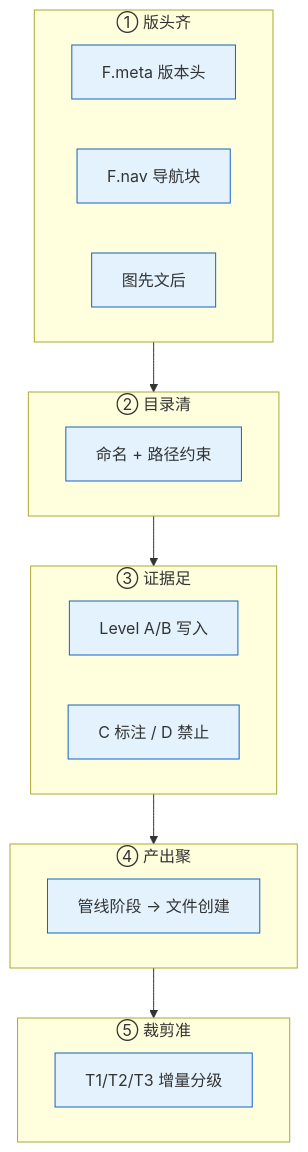
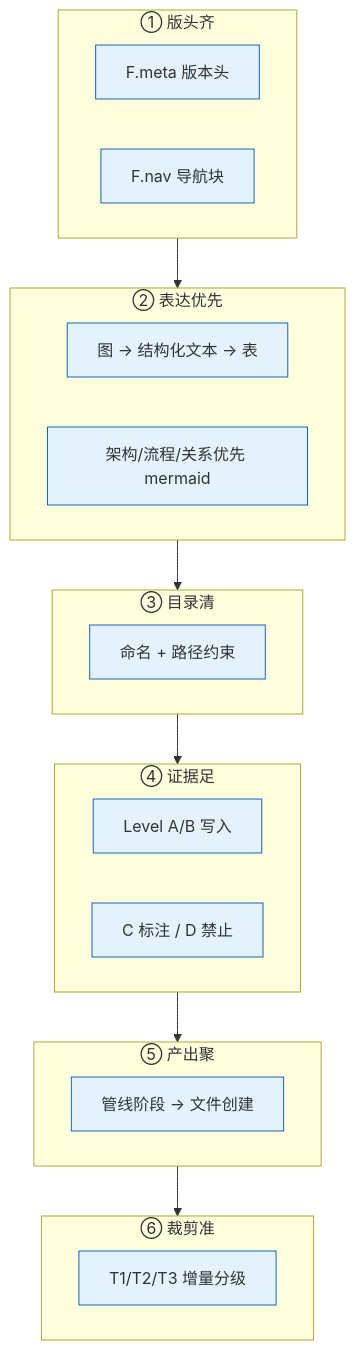
The first of 9 diagrams in rules/doc-generation.md (effiy/YrY), drawn with Mermaid before and after one commit. The commit also changed other lines of this file and 2 other files, not shown here.

````diff
--- a/rules/doc-generation.md
+++ b/rules/doc-generation.md
@@ -15,25 +15,28 @@
 ```mermaid
 flowchart TB
     subgraph C1["① 版头齐"]
         H1["F.meta 版本头"]:::c
         H2["F.nav 导航块"]:::c
-        H3["图先文后"]:::c
     end
-    subgraph C2["② 目录清"]
+    subgraph C2["② 表达优先"]
+        G1["图 → 结构化文本 → 表"]:::c
+        G2["架构/流程/关系优先 mermaid"]:::c
+    end
+    subgraph C3["③ 目录清"]
         D1["命名 + 路径约束"]:::c
     end
-    subgraph C3["③ 证据足"]
+    subgraph C4["④ 证据足"]
         E1["Level A/B 写入"]:::c
         E2["C 标注 / D 禁止"]:::c
     end
-    subgraph C4["④ 产出聚"]
+    subgraph C5["⑤ 产出聚"]
         O1["管线阶段 → 文件创建"]:::c
     end
-    subgraph C5["⑤ 裁剪准"]
+    subgraph C6["⑥ 裁剪准"]
         T1["T1/T2/T3 增量分级"]:::c
     end
 
-    C1 --> C2 --> C3 --> C4 --> C5
+    C1 --> C2 --> C3 --> C4 --> C5 --> C6
 
     classDef c fill:#e3f2fd,stroke:#1565c0;
 ```
````
